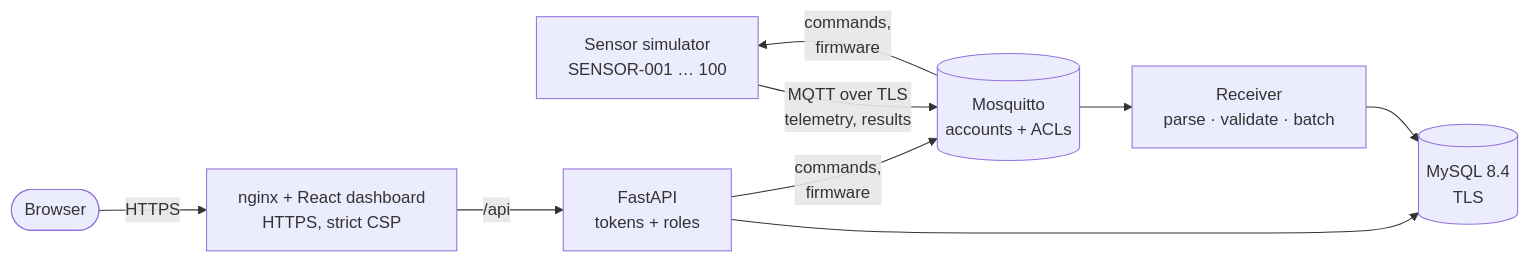
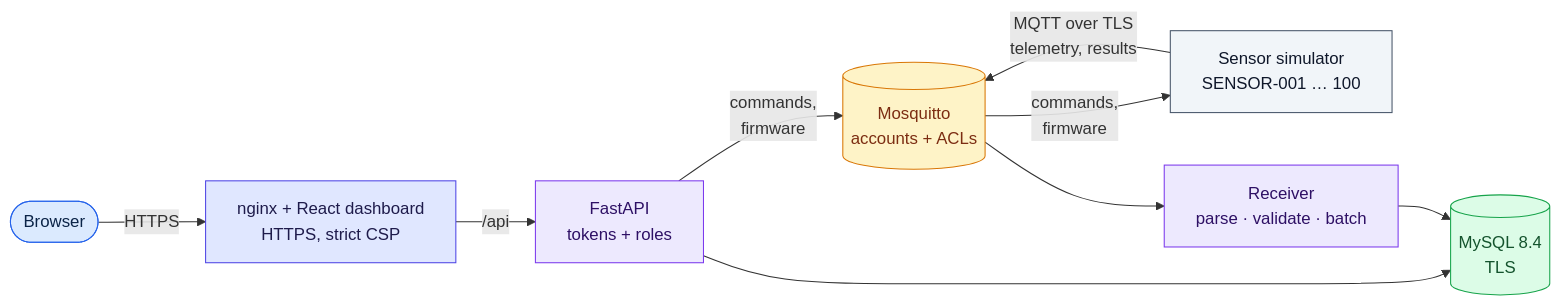
The diagram in README.md (Arshaduzzaman3620/smart-iot-qa-platform), drawn with Mermaid before and after one commit. The commit also changed other lines of this file and 1 other file, not shown here.

First line of the commit message:
docs: professional, recruiter-friendly README and styled architecture diagrams

````diff
--- a/README.md
+++ b/README.md
@@ -55,11 +81,24 @@
 ```mermaid
 flowchart LR
-    S["Sensor simulator<br/>SENSOR-001 … 100"] -- "MQTT over TLS<br/>telemetry, results" --> B[("Mosquitto<br/>accounts + ACLs")]
+    U(["Browser"]) -- HTTPS --> N["nginx + React dashboard<br/>HTTPS, strict CSP"]
+    N -- /api --> API["FastAPI<br/>tokens + roles"]
+    API --> DB[("MySQL 8.4<br/>TLS")]
+    API -- "commands,<br/>firmware" --> B[("Mosquitto<br/>accounts + ACLs")]
+    S["Sensor simulator<br/>SENSOR-001 … 100"] -- "MQTT over TLS<br/>telemetry, results" --> B
     B -- "commands,<br/>firmware" --> S
     B --> R["Receiver<br/>parse · validate · batch"]
-    R --> DB[("MySQL 8.4<br/>TLS")]
-    API["FastAPI<br/>tokens + roles"] --> DB
-    API -- "commands,<br/>firmware" --> B
-    N["nginx + React dashboard<br/>HTTPS, strict CSP"] -- /api --> API
-    U(["Browser"]) -- HTTPS --> N
+    R --> DB
+
+    classDef person fill:#dbeafe,stroke:#2563eb,stroke-width:1px,color:#0b2447;
+    classDef device fill:#f1f5f9,stroke:#475569,stroke-width:1px,color:#0f172a;
+    classDef edge fill:#e0e7ff,stroke:#4f46e5,stroke-width:1px,color:#1e1b4b;
+    classDef service fill:#ede9fe,stroke:#7c3aed,stroke-width:1px,color:#2e1065;
+    classDef broker fill:#fef3c7,stroke:#d97706,stroke-width:1px,color:#7c2d12;
+    classDef store fill:#dcfce7,stroke:#16a34a,stroke-width:1px,color:#14532d;
+    class U person;
+    class S device;
+    class N edge;
+    class API,R service;
+    class B broker;
+    class DB store;
 ```
````
